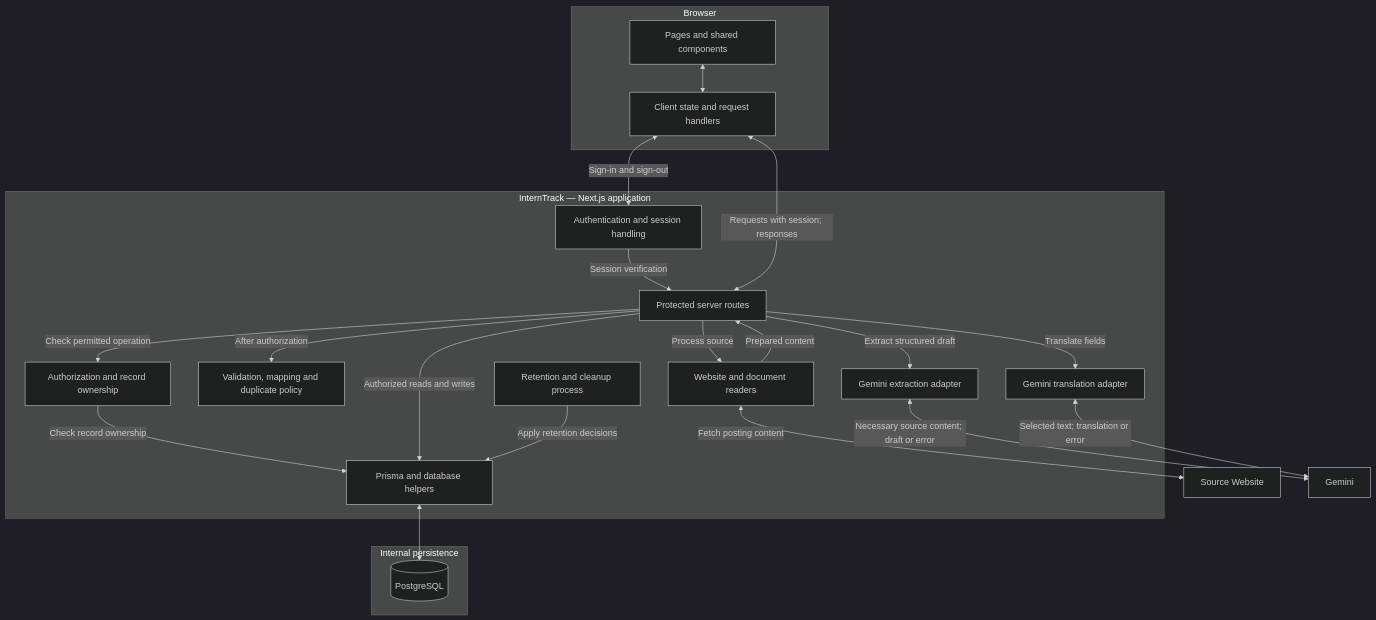
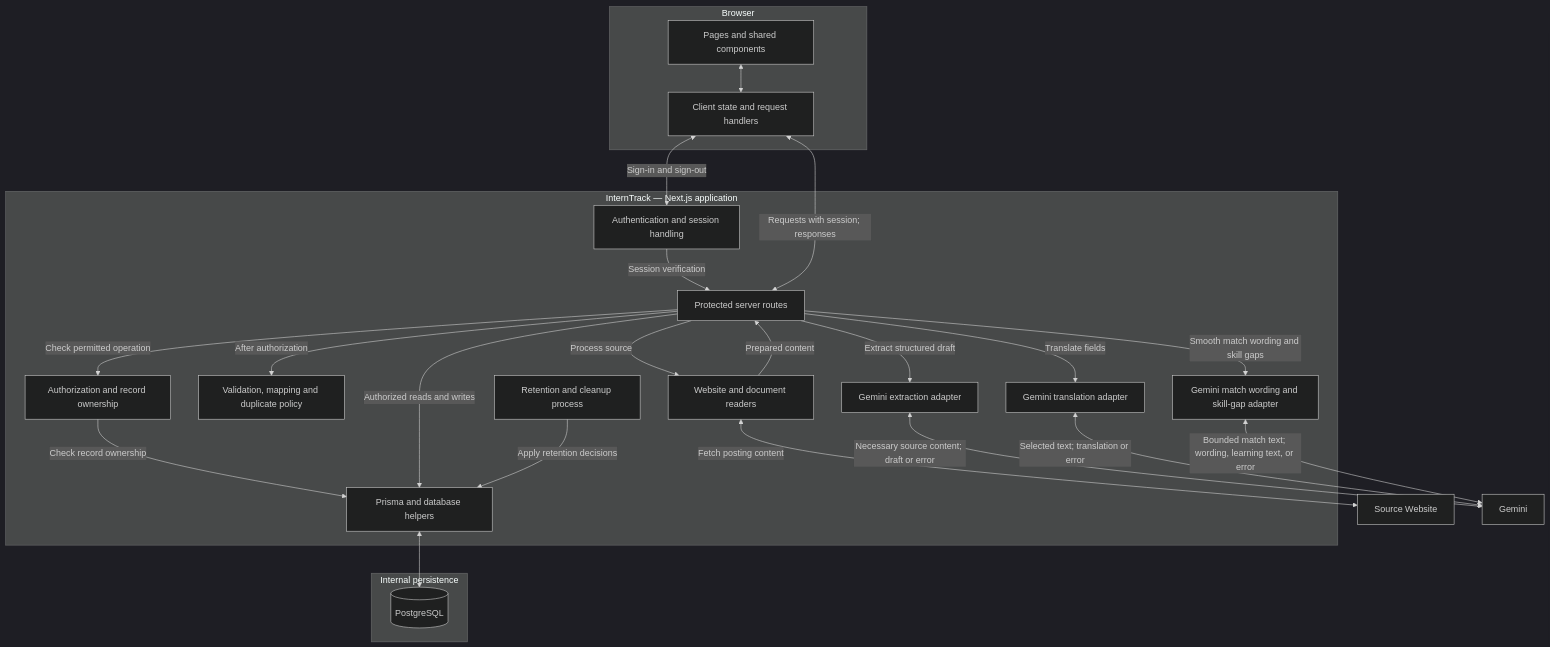
The diagram in .docs/02-design/diagrams/D3-architecture.md (Kay-Khine-Maw/InternTrack-Smart-Internship-Jobs-Tracker), drawn with Mermaid (dark theme) before and after one commit. The commit also changed other lines of this file and 12 other files, not shown here.

````diff
--- a/.docs/02-design/diagrams/D3-architecture.md
+++ b/.docs/02-design/diagrams/D3-architecture.md
@@ -14,48 +14,51 @@
 ```mermaid
 flowchart TB
     subgraph Browser["Browser"]
         UI["Pages and shared components"]
         Client["Client state and request handlers"]
         UI <--> Client
     end
 
     subgraph App["InternTrack — Next.js application"]
         Auth["Authentication and session handling"]
         API["Protected server routes"]
         Access["Authorization and record ownership"]
         Logic["Validation, mapping and duplicate policy"]
         Readers["Website and document readers"]
         ExtractAI["Gemini extraction adapter"]
         TranslateAI["Gemini translation adapter"]
+        MatchAI["Gemini match wording and skill-gap adapter"]
         Data["Prisma and database helpers"]
         Cleanup["Retention and cleanup process"]
 
         Auth -->|"Session verification"| API
         API -->|"Check permitted operation"| Access
         Access -->|"Check record ownership"| Data
         API -->|"After authorization"| Logic
         API -->|"Process source"| Readers
         API -->|"Extract structured draft"| ExtractAI
         API -->|"Translate fields"| TranslateAI
+        API -->|"Smooth match wording and skill gaps"| MatchAI
         API -->|"Authorized reads and writes"| Data
         Cleanup -->|"Apply retention decisions"| Data
     end
 
     subgraph Persistence["Internal persistence"]
         DB[("PostgreSQL")]
     end
 
     Website["Source Website"]
     Gemini["Gemini"]
 
     Client <-->|"Sign-in and sign-out"| Auth
     Client <-->|"Requests with session; responses"| API
 
     Readers <-->|"Fetch posting content"| Website
     Readers -->|"Prepared content"| API
 
     ExtractAI <-->|"Necessary source content; draft or error"| Gemini
     TranslateAI <-->|"Selected text; translation or error"| Gemini
+    MatchAI <-->|"Bounded match text; wording, learning text, or error"| Gemini
 
     Data <--> DB
 ```
````
